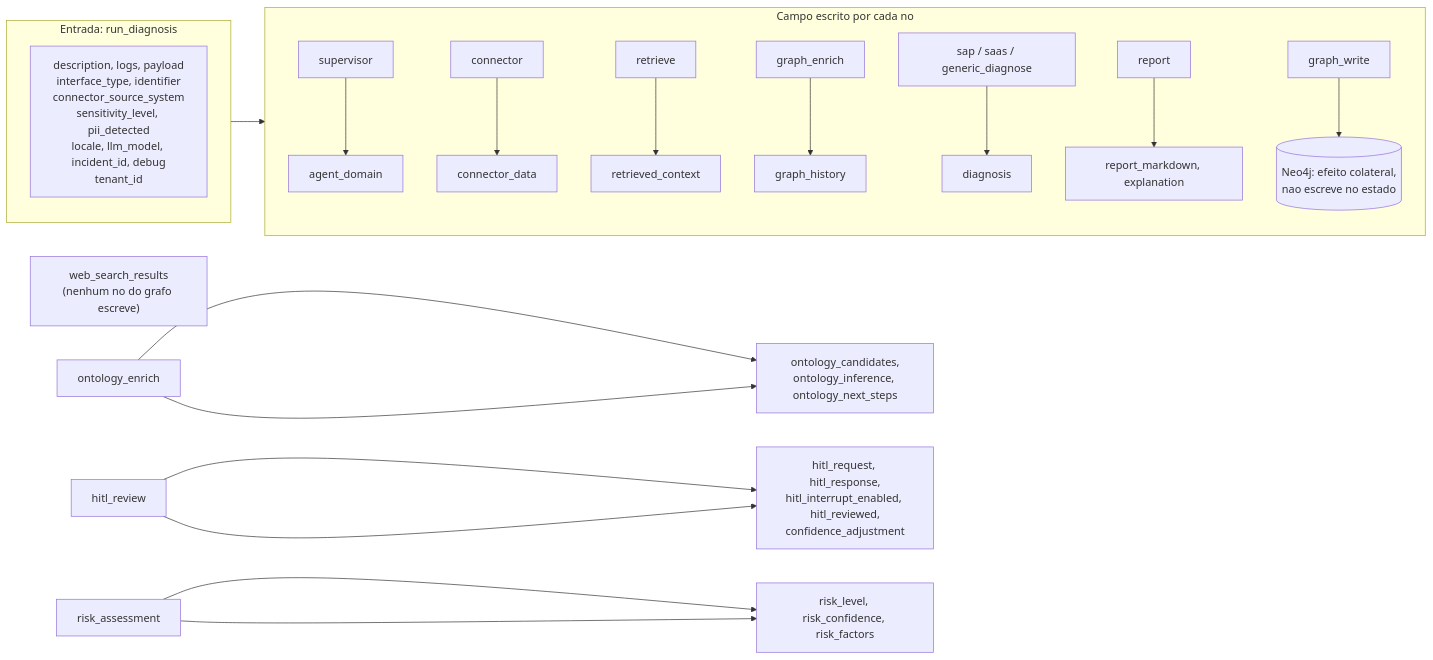
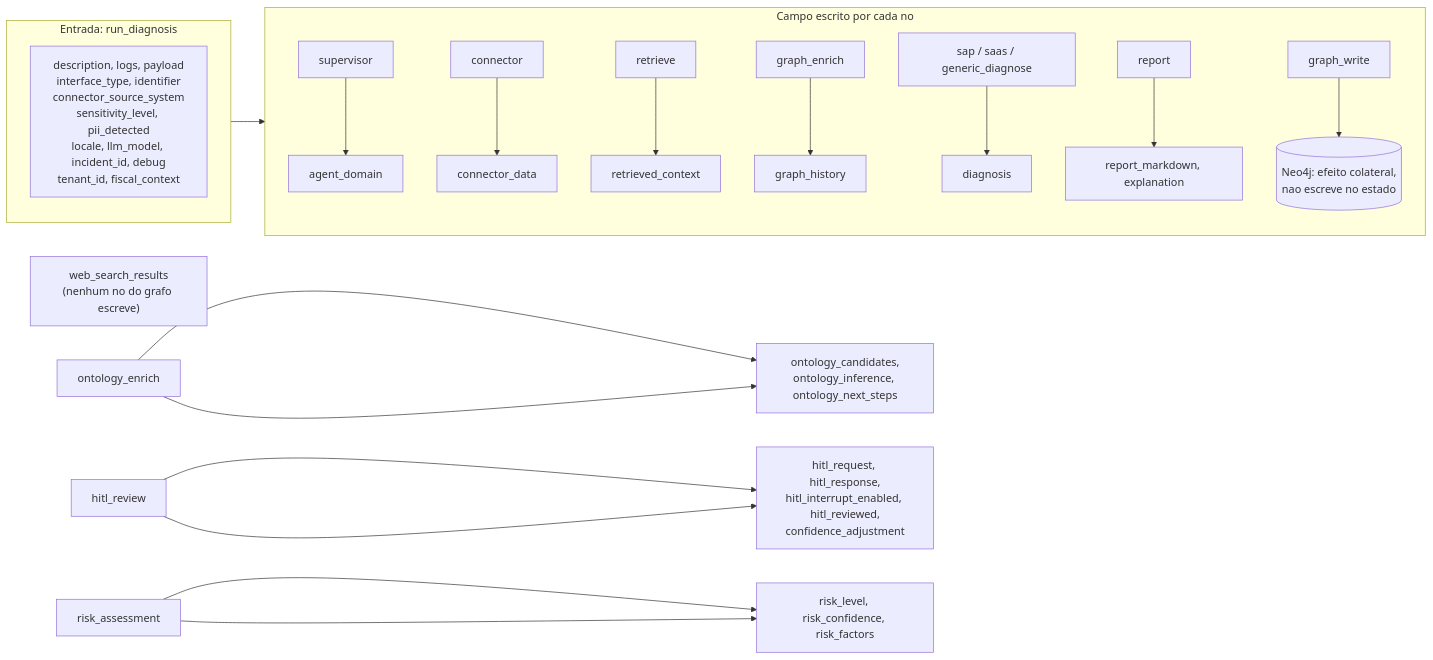
One commit to marcos-slima/integration-incident-copilot changed the fifth of 28 diagrams in docs/ARCHITECTURE.md. Above: the diagram before and after it, drawn with Mermaid. The commit also changed 9 other files, not shown here.

Commit message:
feat(DA-93): dominio fiscal DF-e fase 1 - flag e FiscalContext

````diff
--- a/docs/ARCHITECTURE.md
+++ b/docs/ARCHITECTURE.md
@@ -209,23 +209,23 @@
 ```mermaid
 flowchart LR
     subgraph entrada["Entrada: run_diagnosis"]
-        e1["description, logs, payload<br/>interface_type, identifier<br/>connector_source_system<br/>sensitivity_level, pii_detected<br/>locale, llm_model, incident_id, debug<br/>tenant_id"]
+        e1["description, logs, payload<br/>interface_type, identifier<br/>connector_source_system<br/>sensitivity_level, pii_detected<br/>locale, llm_model, incident_id, debug<br/>tenant_id, fiscal_context"]
     end
     subgraph nos["Campo escrito por cada no"]
         sup["supervisor"] --> s1["agent_domain"]
         con["connector"] --> s2["connector_data"]
         ret["retrieve"] --> s3["retrieved_context"]
         gen["graph_enrich"] --> s4["graph_history"]
         dia["sap / saas / generic_diagnose"] --> s5["diagnosis"]
         rep["report"] --> s6["report_markdown, explanation"]
         gw["graph_write"] --> n4j[("Neo4j: efeito colateral,<br/>nao escreve no estado")]
     end
     morto["web_search_results<br/>(nenhum no do grafo escreve)"]
     ont["ontology_enrich"] --> s7["ontology_candidates,<br/>ontology_inference, ontology_next_steps"]
     hitl["hitl_review"] --> s8["hitl_request, hitl_response,<br/>hitl_interrupt_enabled, hitl_reviewed,<br/>confidence_adjustment"]
     risk["risk_assessment"] --> s9["risk_level, risk_confidence, risk_factors"]
     entrada --> nos
     ont --> s7
     hitl --> s8
     risk --> s9
 ```
````
